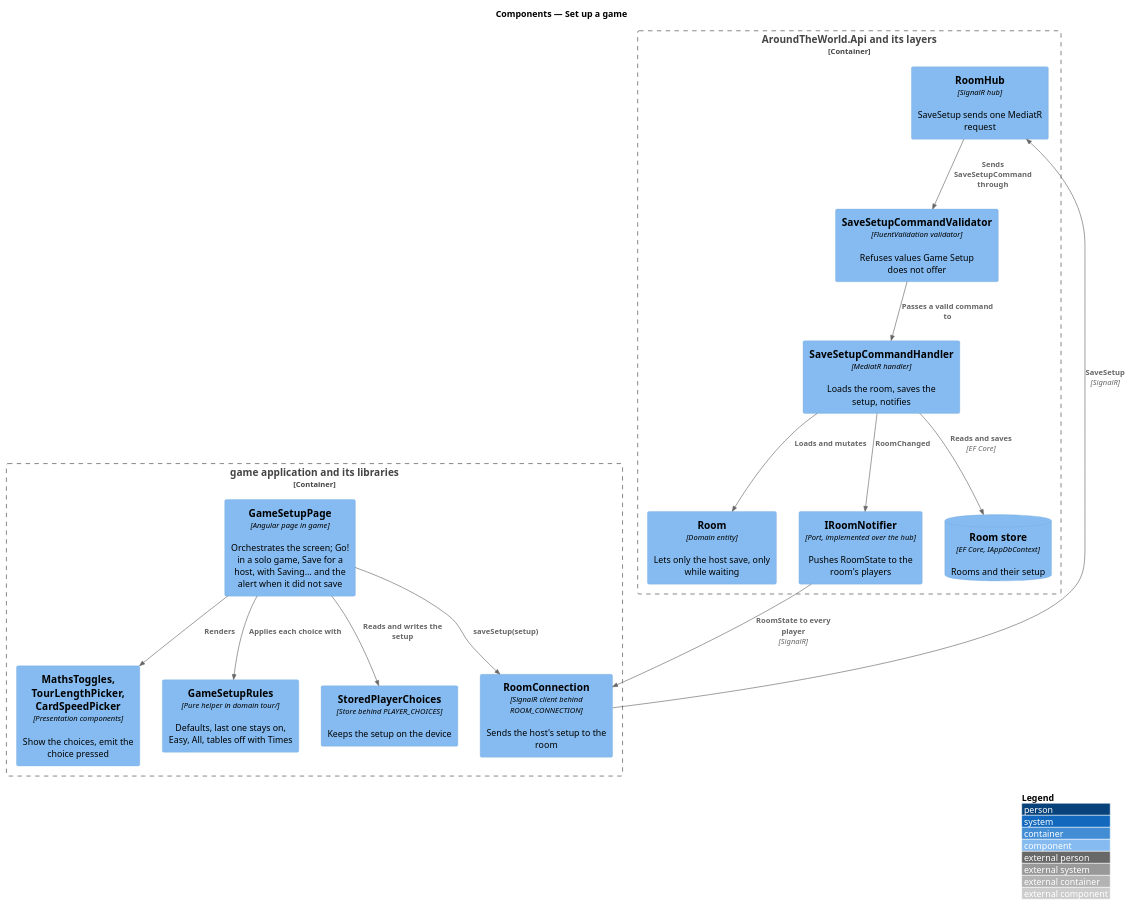
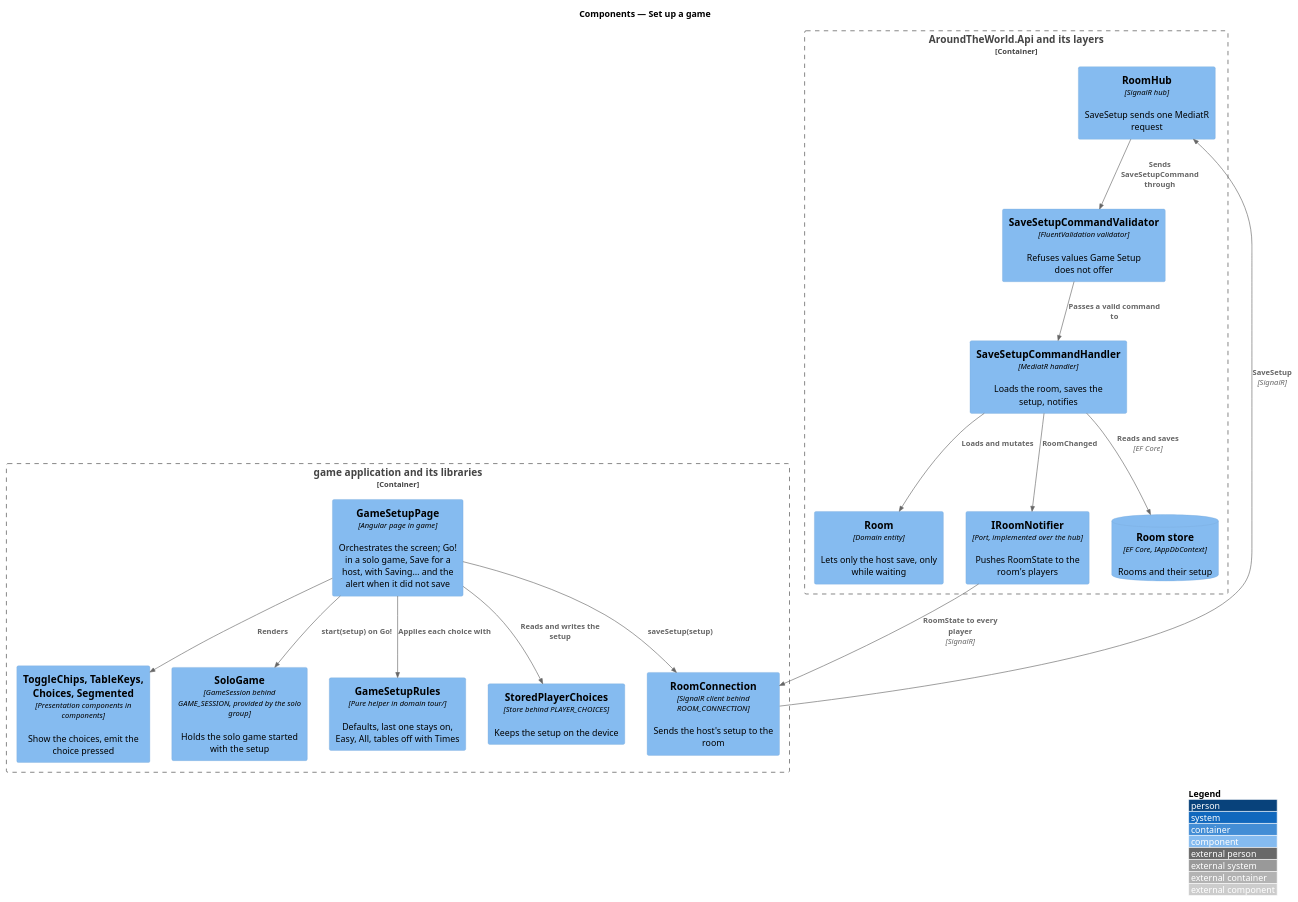
One commit to QuinntyneBrown/around-the-world changed the diagram in docs/detailed-designs/player/set-up-game/diagrams/c4-component.puml. Above: the diagram before and after it, drawn with PlantUML. The commit also changed 24 other files, not shown here.

```diff
--- a/docs/detailed-designs/player/set-up-game/diagrams/c4-component.puml
+++ b/docs/detailed-designs/player/set-up-game/diagrams/c4-component.puml
@@ -1,32 +1,34 @@
 @startuml
 !include <C4/C4_Component>
 LAYOUT_WITH_LEGEND()
 title Components — Set up a game
 
 Container_Boundary(game, "game application and its libraries") {
   Component(page, "GameSetupPage", "Angular page in game", "Orchestrates the screen; Go! in a solo game, Save for a host, with Saving… and the alert when it did not save")
-  Component(toggles, "MathsToggles, TourLengthPicker, CardSpeedPicker", "Presentation components", "Show the choices, emit the choice pressed")
+  Component(toggles, "ToggleChips, TableKeys, Choices, Segmented", "Presentation components in components", "Show the choices, emit the choice pressed")
+  Component(session, "SoloGame", "GameSession behind GAME_SESSION, provided by the solo group", "Holds the solo game started with the setup")
   Component(rules, "GameSetupRules", "Pure helper in domain tour/", "Defaults, last one stays on, Easy, All, tables off with Times")
   Component(choices, "StoredPlayerChoices", "Store behind PLAYER_CHOICES", "Keeps the setup on the device")
   Component(conn, "RoomConnection", "SignalR client behind ROOM_CONNECTION", "Sends the host's setup to the room")
 }
 Container_Boundary(api, "AroundTheWorld.Api and its layers") {
   Component(hub, "RoomHub", "SignalR hub", "SaveSetup sends one MediatR request")
   Component(validator, "SaveSetupCommandValidator", "FluentValidation validator", "Refuses values Game Setup does not offer")
   Component(handler, "SaveSetupCommandHandler", "MediatR handler", "Loads the room, saves the setup, notifies")
   Component(room, "Room", "Domain entity", "Lets only the host save, only while waiting")
   Component(notifier, "IRoomNotifier", "Port, implemented over the hub", "Pushes RoomState to the room's players")
   ComponentDb(store, "Room store", "EF Core, IAppDbContext", "Rooms and their setup")
 }
 Rel(page, toggles, "Renders")
 Rel(page, rules, "Applies each choice with")
 Rel(page, choices, "Reads and writes the setup")
 Rel(page, conn, "saveSetup(setup)")
+Rel(page, session, "start(setup) on Go!")
 Rel(conn, hub, "SaveSetup", "SignalR")
 Rel(hub, validator, "Sends SaveSetupCommand through")
 Rel(validator, handler, "Passes a valid command to")
 Rel(handler, room, "Loads and mutates")
 Rel(handler, store, "Reads and saves", "EF Core")
 Rel(handler, notifier, "RoomChanged")
 Rel(notifier, conn, "RoomState to every player", "SignalR")
 @enduml
```
